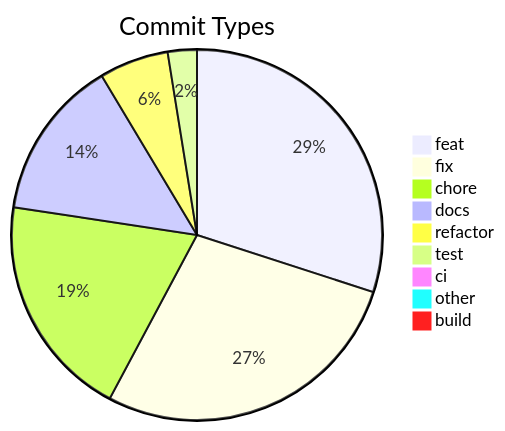
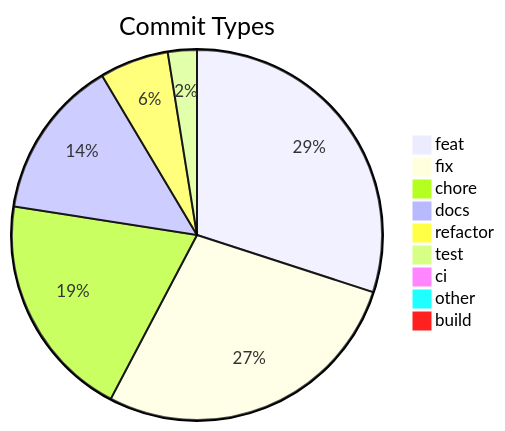
The diagram in .shipwright/compliance/change-history.md (svenroth-ai/shipwright), drawn with Mermaid before and after one commit. The commit also changed other lines of this file and 7 other files, not shown here.

````diff
--- a/.shipwright/compliance/change-history.md
+++ b/.shipwright/compliance/change-history.md
@@ -8,12 +8,12 @@
 ```mermaid
 pie title Commit Types
-    "feat" : 248
+    "feat" : 249
     "fix" : 230
-    "chore" : 162
+    "chore" : 164
     "docs" : 116
     "refactor" : 50
     "test" : 21
     "ci" : 7
     "other" : 7
     "build" : 1
 ```
````
